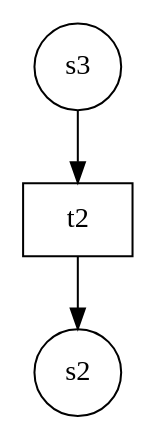
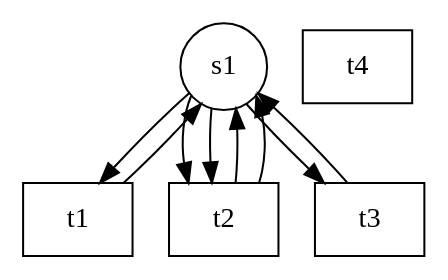
The diagram in Reduktionsalgorithmen/petri-netz.gv (dnannen/reduction-of-petri-nets), drawn with Graphviz before and after one commit. The commit also changed 8 other files, not shown here.

```diff
--- a/Reduktionsalgorithmen/petri-netz.gv
+++ b/Reduktionsalgorithmen/petri-netz.gv
@@ -1,8 +1,16 @@
 digraph petrinet{
 node[shape=circle];
-"s2";
-"s3";
+"s1";
+"t1" [shape=box];
 "t2" [shape=box];
-"s3"->"t2"
-"t2"->"s2"
+"t3" [shape=box];
+"t4" [shape=box];
+"s1"->"t1"
+"s1"->"t2"
+"s1"->"t2"
+"s1"->"t3"
+"t1"->"s1"
+"t2"->"s1"
+"t2"->"s1"
+"t3"->"s1"
 }
```
